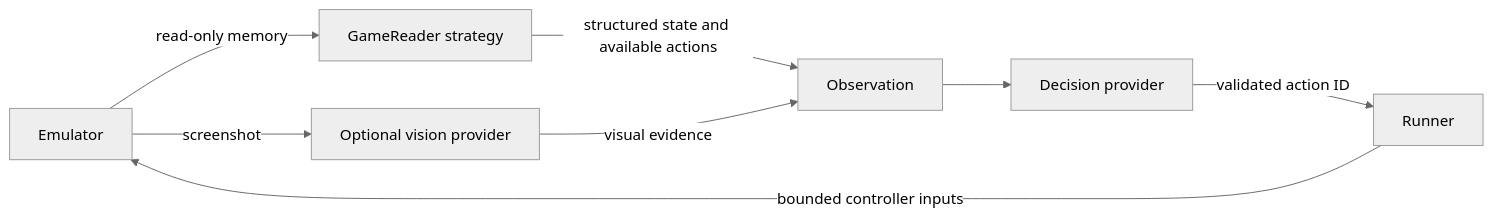
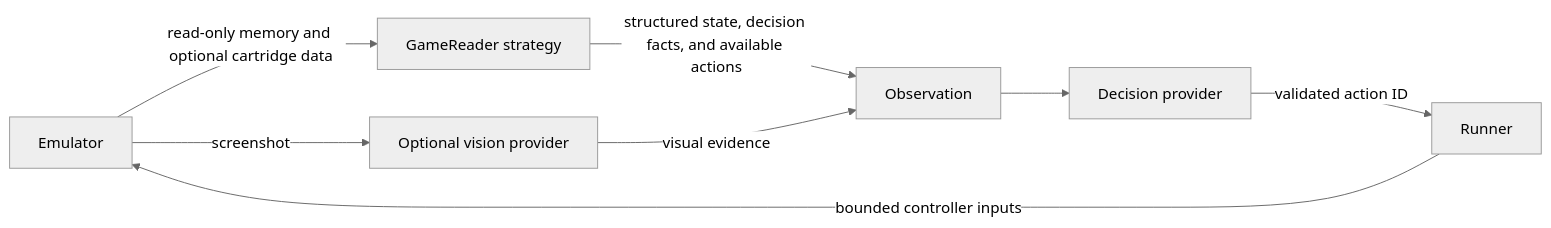
The diagram in docs/game-readers.md (mikelpastor24/gamer-jev), drawn with Mermaid (neutral theme) before and after one commit. The commit also changed other lines of this file and 21 other files, not shown here.

````diff
--- a/docs/game-readers.md
+++ b/docs/game-readers.md
@@ -7,10 +7,10 @@
 ```mermaid
 flowchart LR
-  Emulator -->|read-only memory| Reader[GameReader strategy]
-  Reader -->|structured state and available actions| Observation
+  Emulator -->|read-only memory and optional cartridge data| Reader[GameReader strategy]
+  Reader -->|structured state, decision facts, and available actions| Observation
   Emulator -->|screenshot| Vision[Optional vision provider]
   Vision -->|visual evidence| Observation
   Observation --> Jev[Decision provider]
   Jev -->|validated action ID| Runner
   Runner -->|bounded controller inputs| Emulator
 ```
````
